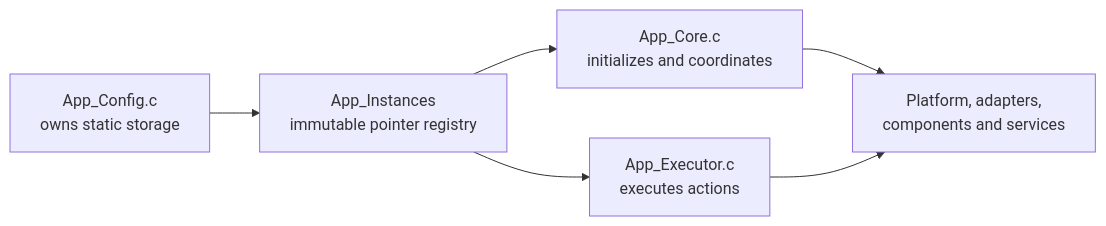
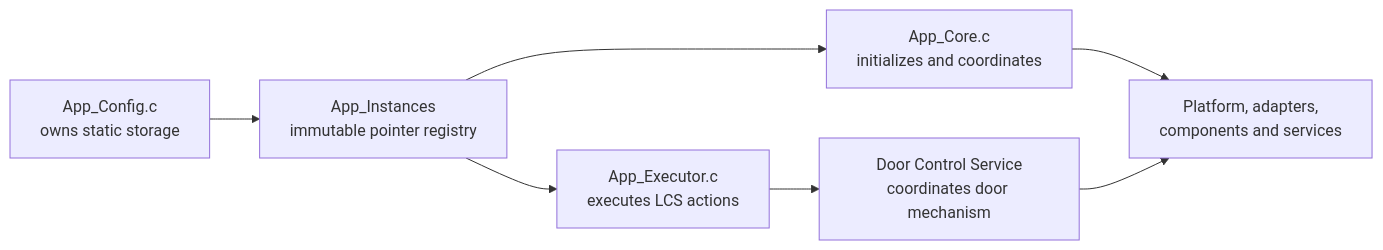
Before and after one commit to JP-REY/STM32F103C8T6-Based-Electronic-Lock: the diagram in App/Config/README.md, drawn with Mermaid. The commit also changed other lines of this file and 3 other files, not shown here.

First line of the commit message:
feature(app-config): integrate door control runtime context

````diff
--- a/App/Config/README.md
+++ b/App/Config/README.md
@@ -89,14 +96,16 @@
 ```mermaid
 flowchart LR
     CONFIG["App_Config.c<br/>owns static storage"]
     REG["App_Instances<br/>immutable pointer registry"]
     CORE["App_Core.c<br/>initializes and coordinates"]
-    EXEC["App_Executor.c<br/>executes actions"]
+    EXEC["App_Executor.c<br/>executes LCS actions"]
+    DCS["Door Control Service<br/>coordinates door mechanism"]
     DEPS["Platform, adapters,<br/>components and services"]
 
     CONFIG --> REG
     REG --> CORE
     REG --> EXEC
     CORE --> DEPS
-    EXEC --> DEPS
+    EXEC --> DCS
+    DCS --> DEPS
 ```
````
